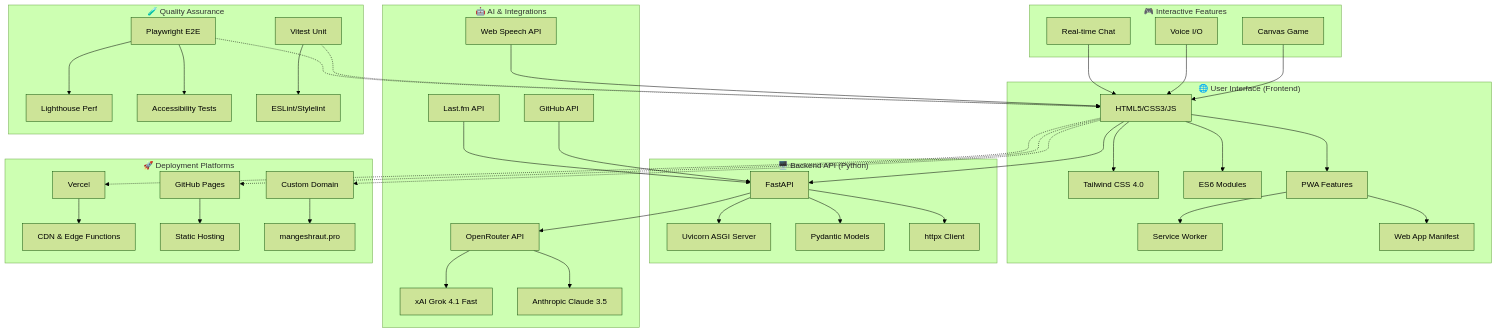
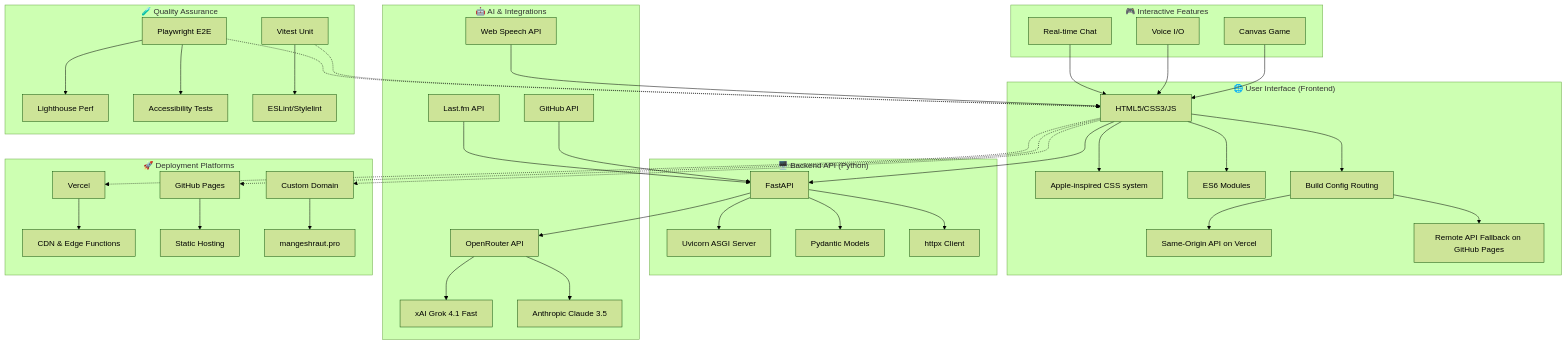
One commit to mangeshraut712/mangeshrautarchive changed the diagram in README.md. Above: the diagram before and after it, drawn with Mermaid (forest theme). The commit also changed other lines of this file and 19 other files, not shown here.

````diff
--- a/README.md
+++ b/README.md
@@ -42,50 +42,50 @@
 ```mermaid
 graph TB
     subgraph "🌐 User Interface (Frontend)"
-        A[HTML5/CSS3/JS] --> B[Tailwind CSS 4.0]
+        A[HTML5/CSS3/JS] --> B[Apple-inspired CSS system]
         A --> C[ES6 Modules]
-        A --> D[PWA Features]
-        D --> E[Service Worker]
-        D --> F[Web App Manifest]
+        A --> D[Build Config Routing]
+        D --> E[Same-Origin API on Vercel]
+        D --> F[Remote API Fallback on GitHub Pages]
     end
 
     subgraph "🖥️ Backend API (Python)"
         G[FastAPI] --> H[Uvicorn ASGI Server]
         G --> I[Pydantic Models]
         G --> J[httpx Client]
     end
 
     subgraph "🤖 AI & Integrations"
         K[OpenRouter API] --> L[xAI Grok 4.1 Fast]
         K --> M[Anthropic Claude 3.5]
         N[GitHub API] --> G
         O[Last.fm API] --> G
         P[Web Speech API] --> A
     end
 
     subgraph "🎮 Interactive Features"
         Q[Canvas Game] --> A
         R[Voice I/O] --> A
         S[Real-time Chat] --> A
     end
 
     subgraph "🚀 Deployment Platforms"
         T[Vercel] --> U[CDN & Edge Functions]
         V[GitHub Pages] --> W[Static Hosting]
         X[Custom Domain] --> Y[mangeshraut.pro]
     end
 
     subgraph "🧪 Quality Assurance"
         Z[Playwright E2E] --> AA[Lighthouse Perf]
         Z --> BB[Accessibility Tests]
         CC[Vitest Unit] --> DD[ESLint/Stylelint]
     end
 
     A --> G
     G --> K
     A -.-> T
     A -.-> V
     A -.-> X
     CC -.-> A
     Z -.-> A
 ```
````
